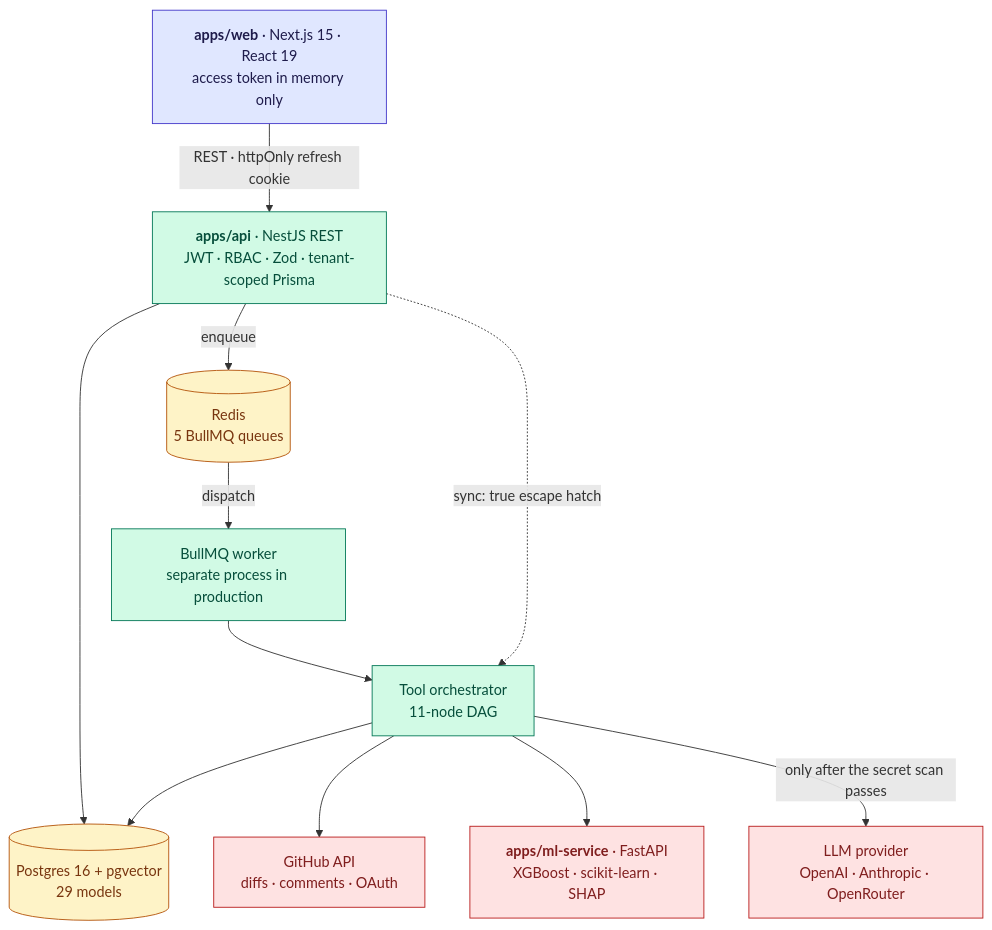
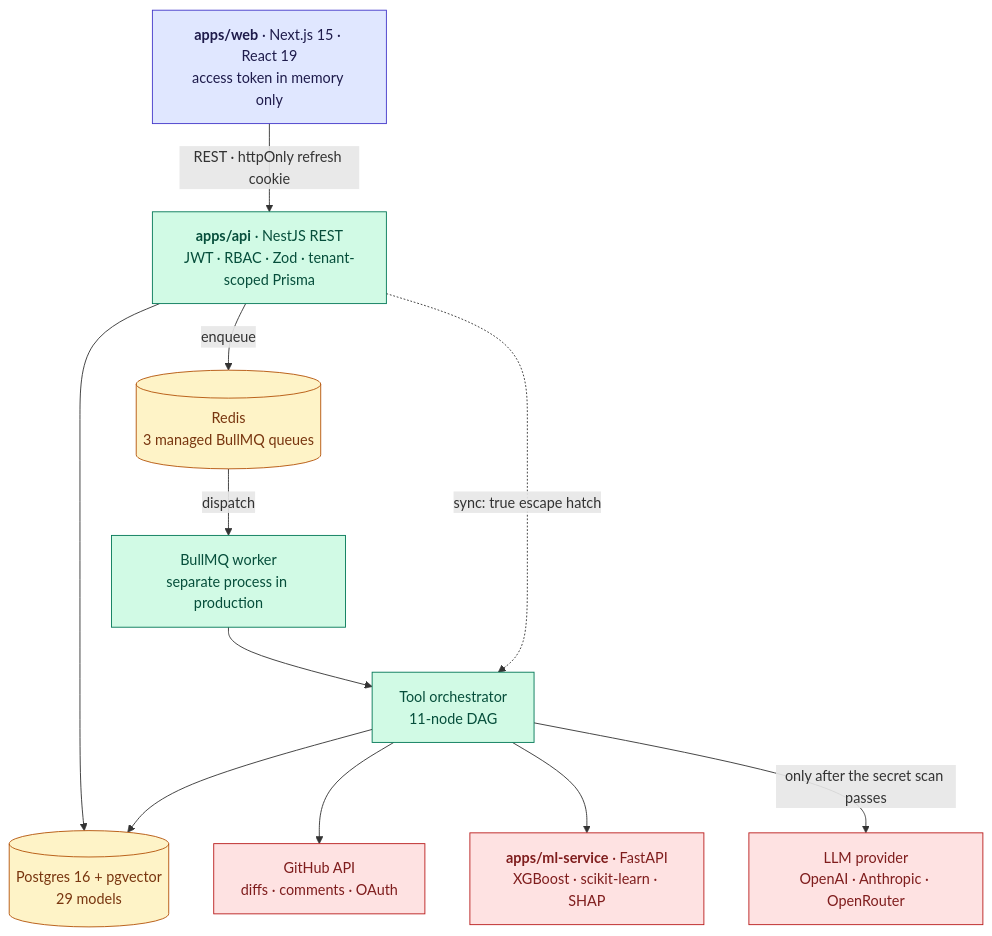
The diagram in README.md (abhi02max/CodeLensEnterprise), drawn with Mermaid before and after one commit. The commit also changed other lines of this file and 4 other files, not shown here.

````diff
--- a/README.md
+++ b/README.md
@@ -51,32 +51,32 @@
 ```mermaid
 flowchart TB
     WEB["<b>apps/web</b> · Next.js 15 · React 19<br/>access token in memory only"]
     REST["<b>apps/api</b> · NestJS REST<br/>JWT · RBAC · Zod · tenant-scoped Prisma"]
-    REDIS[("Redis<br/>5 BullMQ queues")]
+    REDIS[("Redis<br/>3 managed BullMQ queues")]
     WORK["BullMQ worker<br/>separate process in production"]
     ORCH["Tool orchestrator<br/>11-node DAG"]
     PG[("Postgres 16 + pgvector<br/>29 models")]
     GH["GitHub API<br/>diffs · comments · OAuth"]
     ML["<b>apps/ml-service</b> · FastAPI<br/>XGBoost · scikit-learn · SHAP"]
     LLM["LLM provider<br/>OpenAI · Anthropic · OpenRouter"]
 
     WEB -->|"REST · httpOnly refresh cookie"| REST
     REST -->|enqueue| REDIS
     REDIS -->|dispatch| WORK
     WORK --> ORCH
     REST -.->|"sync: true escape hatch"| ORCH
     REST --> PG
     ORCH --> PG
     ORCH --> GH
     ORCH --> ML
     ORCH -->|"only after the secret scan passes"| LLM
 
     classDef browser fill:#e0e7ff,stroke:#4338ca,color:#1e1b4b
     classDef backend fill:#d1fae5,stroke:#047857,color:#064e3b
     classDef store fill:#fef3c7,stroke:#b45309,color:#78350f
     classDef external fill:#fee2e2,stroke:#b91c1c,color:#7f1d1d
     class WEB browser
     class REST,WORK,ORCH backend
     class REDIS,PG store
     class GH,ML,LLM external
 ```
````
